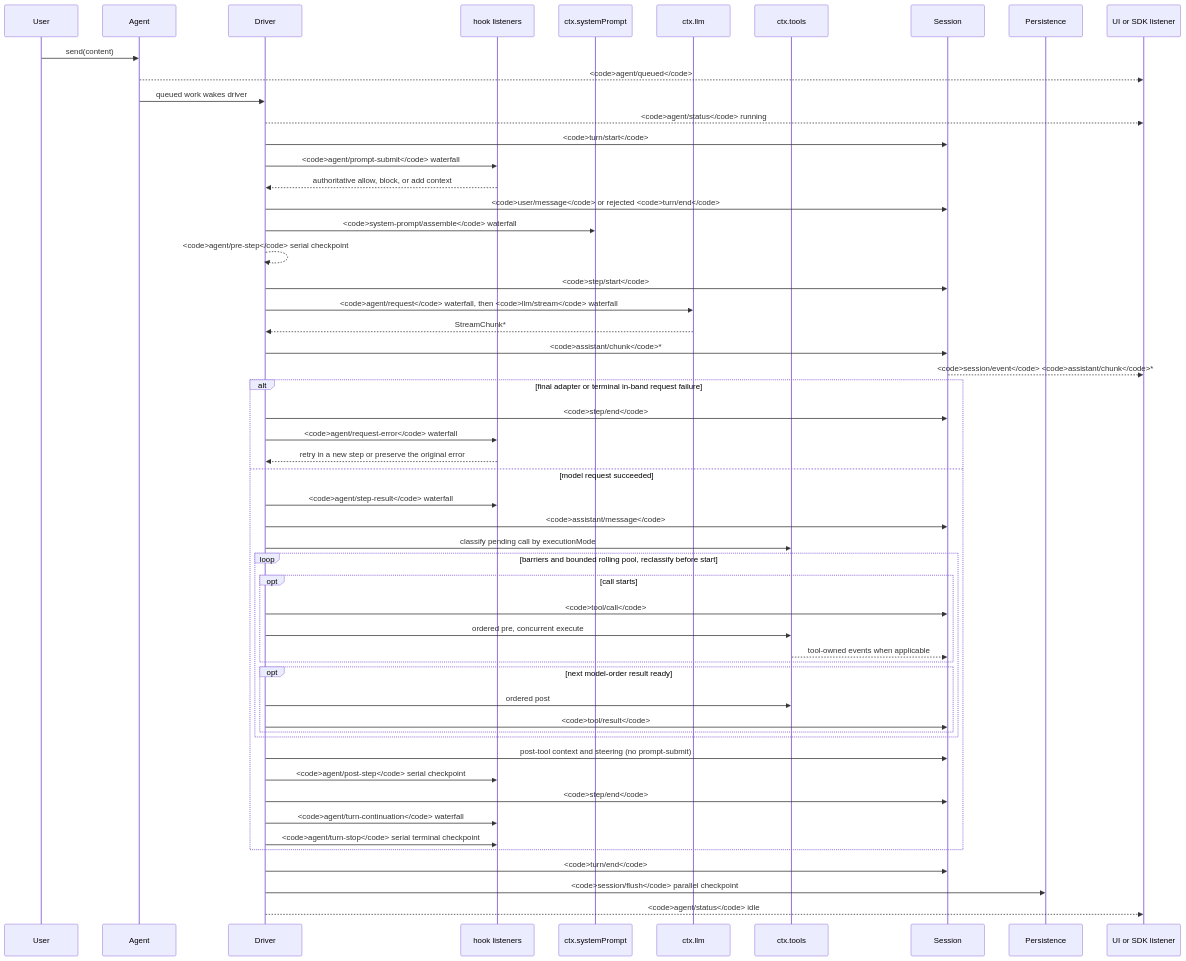
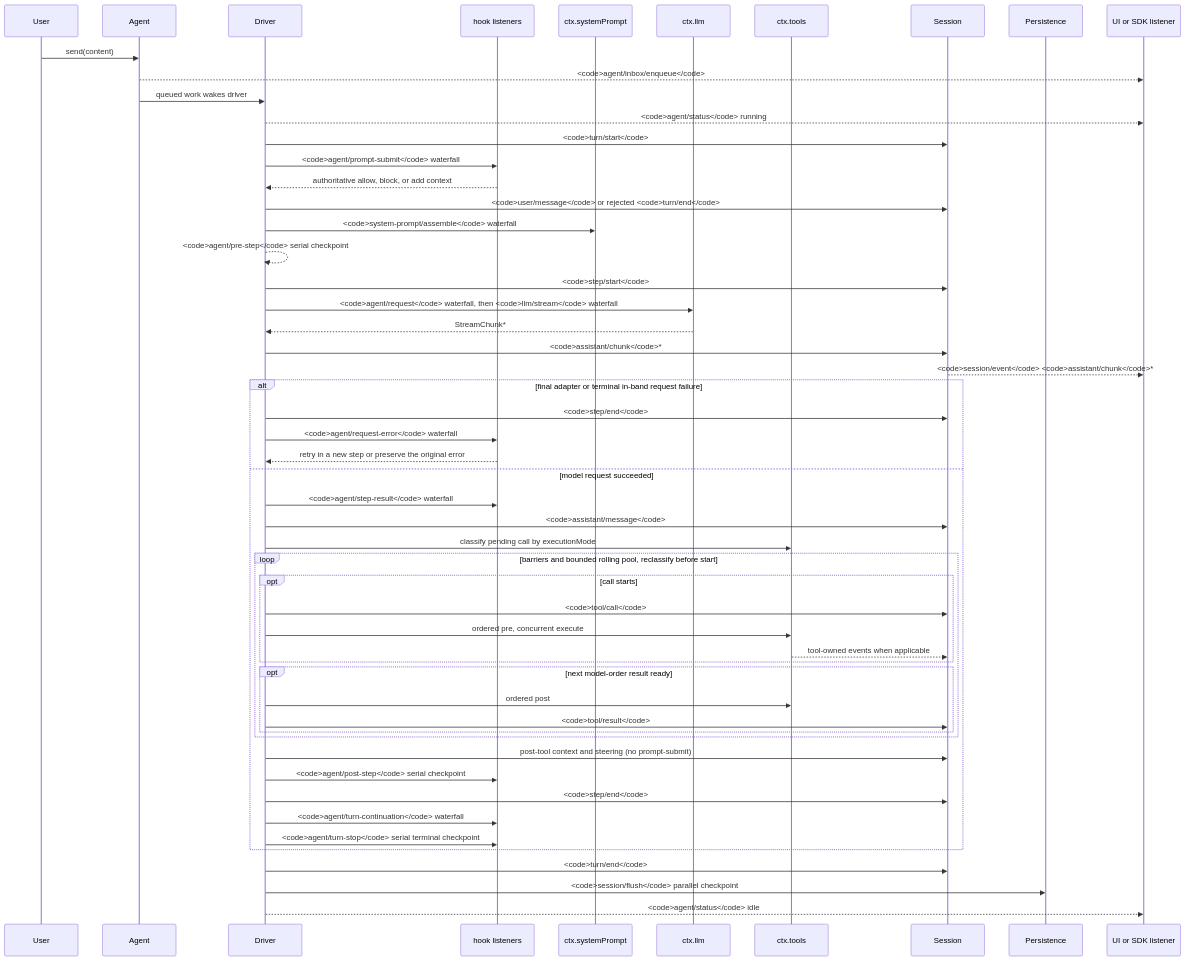
The diagram in docs/agent-lifecycle.md (007M7/DeepCode), drawn with Mermaid before and after one commit. The commit also changed 116 other files, not shown here.

````diff
--- a/docs/agent-lifecycle.md
+++ b/docs/agent-lifecycle.md
@@ -8,56 +8,56 @@
 ```mermaid
 sequenceDiagram
   participant User
   participant Agent
   participant Driver
   participant Hooks as hook listeners
   participant Prompt as ctx.systemPrompt
   participant LLM as ctx.llm
   participant Tools as ctx.tools
   participant Session
   participant Persistence
   participant SDK as UI or SDK listener
   User->>Agent: send(content)
-  Agent-->>SDK: <code>agent/queued</code>
+  Agent-->>SDK: <code>agent/inbox/enqueue</code>
   Agent->>Driver: queued work wakes driver
   Driver-->>SDK: <code>agent/status</code> running
   Driver->>Session: <code>turn/start</code>
   Driver->>Hooks: <code>agent/prompt-submit</code> waterfall
   Hooks-->>Driver: authoritative allow, block, or add context
   Driver->>Session: <code>user/message</code> or rejected <code>turn/end</code>
   Driver->>Prompt: <code>system-prompt/assemble</code> waterfall
   Driver-->>Driver: <code>agent/pre-step</code> serial checkpoint
   Driver->>Session: <code>step/start</code>
   Driver->>LLM: <code>agent/request</code> waterfall, then <code>llm/stream</code> waterfall
   LLM-->>Driver: StreamChunk*
   Driver->>Session: <code>assistant/chunk</code>*
   Session-->>SDK: <code>session/event</code> <code>assistant/chunk</code>*
   alt final adapter or terminal in-band request failure
     Driver->>Session: <code>step/end</code>
     Driver->>Hooks: <code>agent/request-error</code> waterfall
     Hooks-->>Driver: retry in a new step or preserve the original error
   else model request succeeded
   Driver->>Hooks: <code>agent/step-result</code> waterfall
   Driver->>Session: <code>assistant/message</code>
   Driver->>Tools: classify pending call by executionMode
   loop barriers and bounded rolling pool, reclassify before start
     opt call starts
       Driver->>Session: <code>tool/call</code>
       Driver->>Tools: ordered pre, concurrent execute
       Tools-->>Session: tool-owned events when applicable
     end
     opt next model-order result ready
       Driver->>Tools: ordered post
       Driver->>Session: <code>tool/result</code>
     end
   end
   Driver->>Session: post-tool context and steering (no prompt-submit)
   Driver->>Hooks: <code>agent/post-step</code> serial checkpoint
   Driver->>Session: <code>step/end</code>
   Driver->>Hooks: <code>agent/turn-continuation</code> waterfall
   Driver->>Hooks: <code>agent/turn-stop</code> serial terminal checkpoint
   end
   Driver->>Session: <code>turn/end</code>
   Driver->>Persistence: <code>session/flush</code> parallel checkpoint
   Driver-->>SDK: <code>agent/status</code> idle
 ```
````
